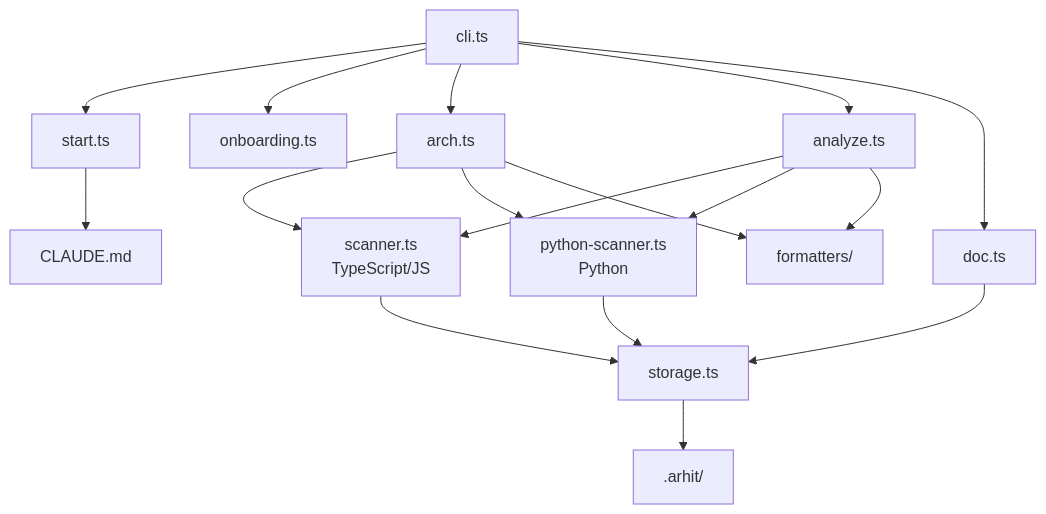
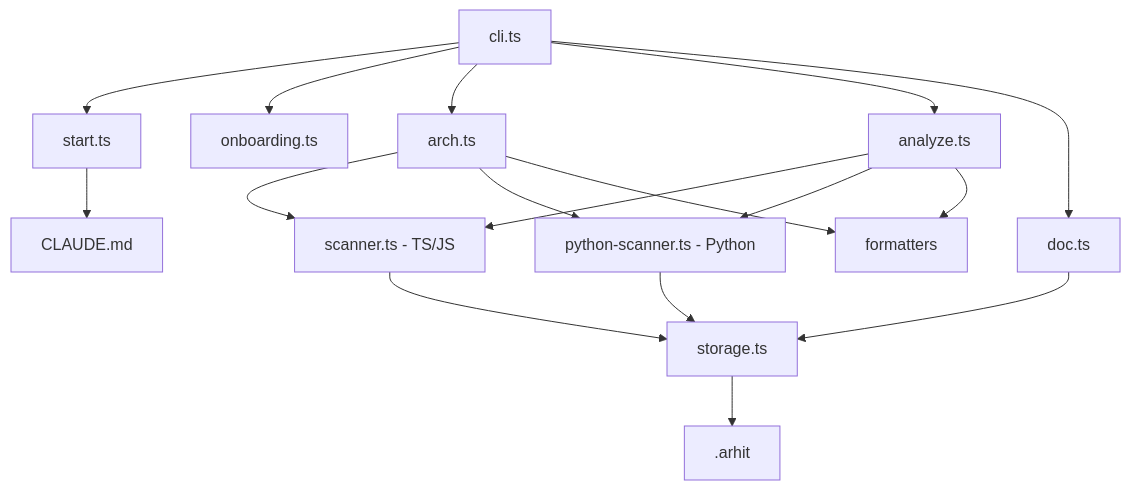
The second of 2 diagrams in README.md (darkClaw921/arhit), drawn with Mermaid before and after one commit.

````diff
--- a/README.md
+++ b/README.md
@@ -247,22 +247,22 @@
 ```mermaid
 graph TD
     CLI[cli.ts] --> Start[start.ts]
     CLI --> Onboarding[onboarding.ts]
     CLI --> Arch[arch.ts]
     CLI --> Analyze[analyze.ts]
     CLI --> Doc[doc.ts]
 
-    Arch --> TSScanner[scanner.ts<br>TypeScript/JS]
-    Arch --> PyScanner[python-scanner.ts<br>Python]
+    Arch --> TSScanner[scanner.ts - TS/JS]
+    Arch --> PyScanner[python-scanner.ts - Python]
     Analyze --> TSScanner
     Analyze --> PyScanner
 
     TSScanner --> Storage[storage.ts]
     PyScanner --> Storage
-    Arch --> Formatters[formatters/]
+    Arch --> Formatters[formatters]
     Analyze --> Formatters
     Doc --> Storage
 
-    Storage --> Arhit[.arhit/]
+    Storage --> Arhit[.arhit]
     Start --> Claude[CLAUDE.md]
 ```
````
